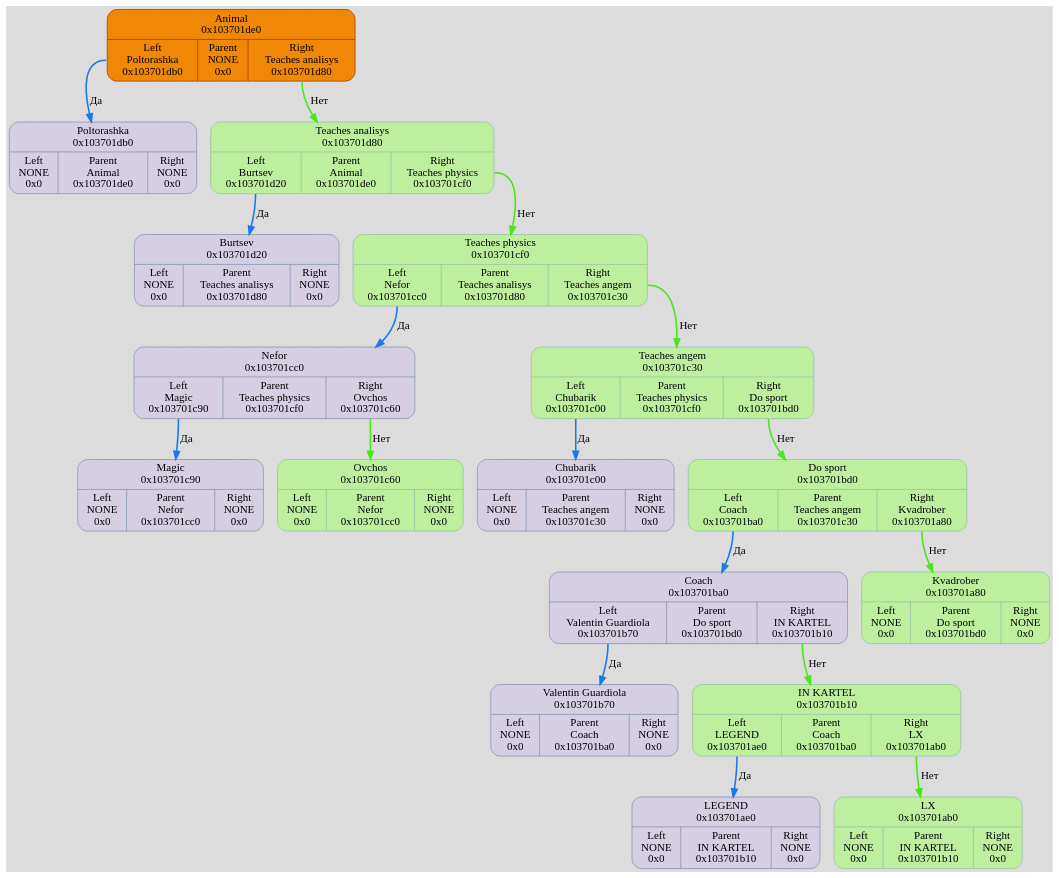
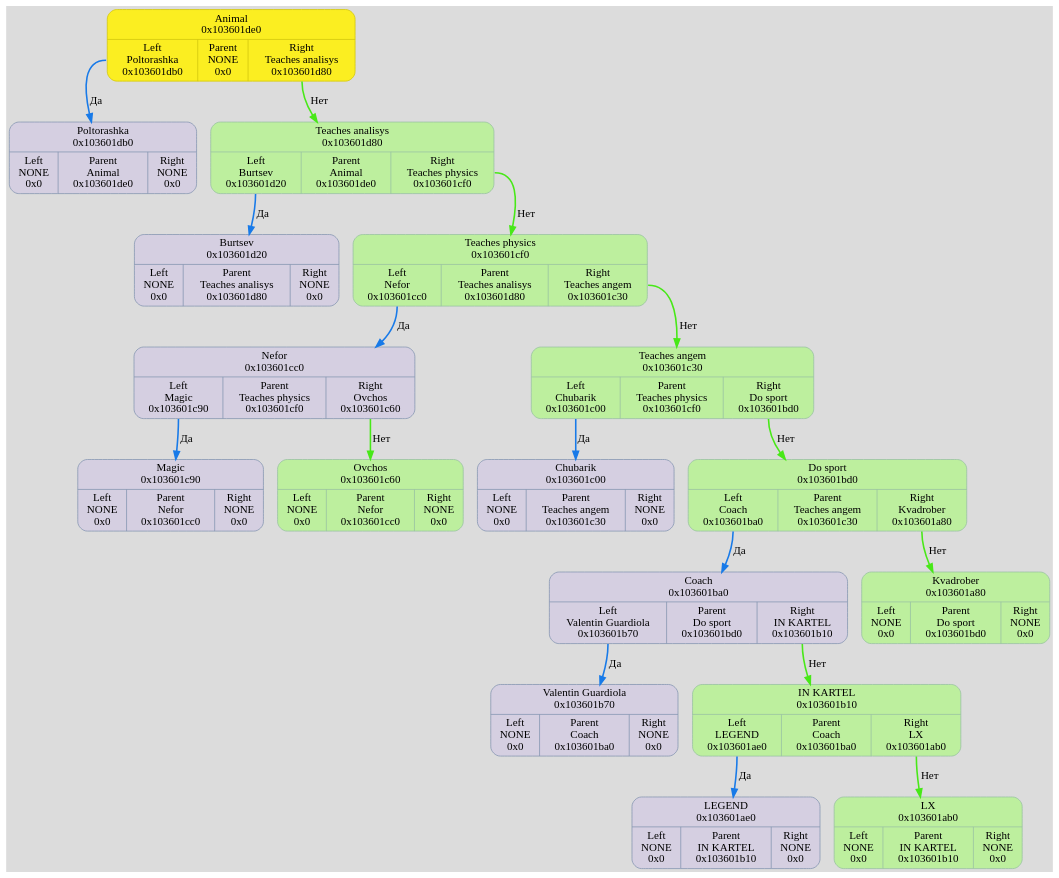
One commit to TolikRogov/Akinator changed the diagram in dump/graph.dot. Above: the diagram before and after it, drawn with Graphviz. The commit also changed 37 other files, not shown here.

```diff
--- a/dump/graph.dot
+++ b/dump/graph.dot
@@ -2,62 +2,45 @@
 	fontname = "UbuntuMono";
 	bgcolor = "#DCDCDC";
 
-	node0x103701de0 [ shape = Mrecord; style = filled; fillcolor = "#FBEE21"; color = "#D3C70D"; fontcolor = "#000000";label = " { Animal\n0x103701de0 | { <left> Left\nPoltorashka\n0x103701db0 | Parent\nNONE\n0x0 | <right> Right\nTeaches analisys\n0x103701d80 } } ";  ];
-	node0x103701de0:<left> -> node0x103701db0 [ style = "bold"; color = "#187AE8"; label = "Да"; ];
-	node0x103701db0 [ shape = Mrecord; style = filled; fillcolor = "#D5CFE1"; color = "#8797b2"; fontcolor = "#000000";label = " { Poltorashka\n0x103701db0 | { <left> Left\nNONE\n0x0 | Parent\nAnimal\n0x103701de0 | <right> Right\nNONE\n0x0 } } ";  ];
-	node0x103701de0 [ fillcolor = "#F18805"; color = "#AF3800"; fontcolor = "#000000"; ];
-	node0x103701d80 [ shape = Mrecord; style = filled; fillcolor = "#D5CFE1"; color = "#8797b2"; fontcolor = "#000000";label = " { Teaches analisys\n0x103701d80 | { <left> Left\nBurtsev\n0x103701d20 | Parent\nAnimal\n0x103701de0 | <right> Right\nTeaches physics\n0x103701cf0 } } ";  ];
-	node0x103701d80:<left> -> node0x103701d20 [ style = "bold"; color = "#187AE8"; label = "Да"; ];
-	node0x103701d20 [ shape = Mrecord; style = filled; fillcolor = "#D5CFE1"; color = "#8797b2"; fontcolor = "#000000";label = " { Burtsev\n0x103701d20 | { <left> Left\nNONE\n0x0 | Parent\nTeaches analisys\n0x103701d80 | <right> Right\nNONE\n0x0 } } ";  ];
-	node0x103701de0 [ fillcolor = "#F18805"; color = "#AF3800"; fontcolor = "#000000"; ];
-	node0x103701cf0 [ shape = Mrecord; style = filled; fillcolor = "#D5CFE1"; color = "#8797b2"; fontcolor = "#000000";label = " { Teaches physics\n0x103701cf0 | { <left> Left\nNefor\n0x103701cc0 | Parent\nTeaches analisys\n0x103701d80 | <right> Right\nTeaches angem\n0x103701c30 } } ";  ];
-	node0x103701cf0:<left> -> node0x103701cc0 [ style = "bold"; color = "#187AE8"; label = "Да"; ];
-	node0x103701cc0 [ shape = Mrecord; style = filled; fillcolor = "#D5CFE1"; color = "#8797b2"; fontcolor = "#000000";label = " { Nefor\n0x103701cc0 | { <left> Left\nMagic\n0x103701c90 | Parent\nTeaches physics\n0x103701cf0 | <right> Right\nOvchos\n0x103701c60 } } ";  ];
-	node0x103701cc0:<left> -> node0x103701c90 [ style = "bold"; color = "#187AE8"; label = "Да"; ];
-	node0x103701c90 [ shape = Mrecord; style = filled; fillcolor = "#D5CFE1"; color = "#8797b2"; fontcolor = "#000000";label = " { Magic\n0x103701c90 | { <left> Left\nNONE\n0x0 | Parent\nNefor\n0x103701cc0 | <right> Right\nNONE\n0x0 } } ";  ];
-	node0x103701de0 [ fillcolor = "#F18805"; color = "#AF3800"; fontcolor = "#000000"; ];
-	node0x103701c60 [ shape = Mrecord; style = filled; fillcolor = "#D5CFE1"; color = "#8797b2"; fontcolor = "#000000";label = " { Ovchos\n0x103701c60 | { <left> Left\nNONE\n0x0 | Parent\nNefor\n0x103701cc0 | <right> Right\nNONE\n0x0 } } ";  ];
-	node0x103701de0 [ fillcolor = "#F18805"; color = "#AF3800"; fontcolor = "#000000"; ];
-	node0x103701cc0:<right> -> node0x103701c60 [ style = "bold"; color = "#48E818"; label = "Нет"; ];
-	node0x103701c60 [ fillcolor = "#BDEF9E"; color = "#99c2a2"; fontcolor = "#000000"; ];
-	node0x103701de0 [ fillcolor = "#F18805"; color = "#AF3800"; fontcolor = "#000000"; ];
-	node0x103701c30 [ shape = Mrecord; style = filled; fillcolor = "#D5CFE1"; color = "#8797b2"; fontcolor = "#000000";label = " { Teaches angem\n0x103701c30 | { <left> Left\nChubarik\n0x103701c00 | Parent\nTeaches physics\n0x103701cf0 | <right> Right\nDo sport\n0x103701bd0 } } ";  ];
-	node0x103701c30:<left> -> node0x103701c00 [ style = "bold"; color = "#187AE8"; label = "Да"; ];
-	node0x103701c00 [ shape = Mrecord; style = filled; fillcolor = "#D5CFE1"; color = "#8797b2"; fontcolor = "#000000";label = " { Chubarik\n0x103701c00 | { <left> Left\nNONE\n0x0 | Parent\nTeaches angem\n0x103701c30 | <right> Right\nNONE\n0x0 } } ";  ];
-	node0x103701de0 [ fillcolor = "#F18805"; color = "#AF3800"; fontcolor = "#000000"; ];
-	node0x103701bd0 [ shape = Mrecord; style = filled; fillcolor = "#D5CFE1"; color = "#8797b2"; fontcolor = "#000000";label = " { Do sport\n0x103701bd0 | { <left> Left\nCoach\n0x103701ba0 | Parent\nTeaches angem\n0x103701c30 | <right> Right\nKvadrober\n0x103701a80 } } ";  ];
-	node0x103701bd0:<left> -> node0x103701ba0 [ style = "bold"; color = "#187AE8"; label = "Да"; ];
-	node0x103701ba0 [ shape = Mrecord; style = filled; fillcolor = "#D5CFE1"; color = "#8797b2"; fontcolor = "#000000";label = " { Coach\n0x103701ba0 | { <left> Left\nValentin Guardiola\n0x103701b70 | Parent\nDo sport\n0x103701bd0 | <right> Right\nIN KARTEL\n0x103701b10 } } ";  ];
-	node0x103701ba0:<left> -> node0x103701b70 [ style = "bold"; color = "#187AE8"; label = "Да"; ];
-	node0x103701b70 [ shape = Mrecord; style = filled; fillcolor = "#D5CFE1"; color = "#8797b2"; fontcolor = "#000000";label = " { Valentin Guardiola\n0x103701b70 | { <left> Left\nNONE\n0x0 | Parent\nCoach\n0x103701ba0 | <right> Right\nNONE\n0x0 } } ";  ];
-	node0x103701de0 [ fillcolor = "#F18805"; color = "#AF3800"; fontcolor = "#000000"; ];
-	node0x103701b10 [ shape = Mrecord; style = filled; fillcolor = "#D5CFE1"; color = "#8797b2"; fontcolor = "#000000";label = " { IN KARTEL\n0x103701b10 | { <left> Left\nLEGEND\n0x103701ae0 | Parent\nCoach\n0x103701ba0 | <right> Right\nLX\n0x103701ab0 } } ";  ];
-	node0x103701b10:<left> -> node0x103701ae0 [ style = "bold"; color = "#187AE8"; label = "Да"; ];
-	node0x103701ae0 [ shape = Mrecord; style = filled; fillcolor = "#D5CFE1"; color = "#8797b2"; fontcolor = "#000000";label = " { LEGEND\n0x103701ae0 | { <left> Left\nNONE\n0x0 | Parent\nIN KARTEL\n0x103701b10 | <right> Right\nNONE\n0x0 } } ";  ];
-	node0x103701de0 [ fillcolor = "#F18805"; color = "#AF3800"; fontcolor = "#000000"; ];
-	node0x103701ab0 [ shape = Mrecord; style = filled; fillcolor = "#D5CFE1"; color = "#8797b2"; fontcolor = "#000000";label = " { LX\n0x103701ab0 | { <left> Left\nNONE\n0x0 | Parent\nIN KARTEL\n0x103701b10 | <right> Right\nNONE\n0x0 } } ";  ];
-	node0x103701de0 [ fillcolor = "#F18805"; color = "#AF3800"; fontcolor = "#000000"; ];
-	node0x103701b10:<right> -> node0x103701ab0 [ style = "bold"; color = "#48E818"; label = "Нет"; ];
-	node0x103701ab0 [ fillcolor = "#BDEF9E"; color = "#99c2a2"; fontcolor = "#000000"; ];
-	node0x103701de0 [ fillcolor = "#F18805"; color = "#AF3800"; fontcolor = "#000000"; ];
-	node0x103701ba0:<right> -> node0x103701b10 [ style = "bold"; color = "#48E818"; label = "Нет"; ];
-	node0x103701b10 [ fillcolor = "#BDEF9E"; color = "#99c2a2"; fontcolor = "#000000"; ];
-	node0x103701de0 [ fillcolor = "#F18805"; color = "#AF3800"; fontcolor = "#000000"; ];
-	node0x103701a80 [ shape = Mrecord; style = filled; fillcolor = "#D5CFE1"; color = "#8797b2"; fontcolor = "#000000";label = " { Kvadrober\n0x103701a80 | { <left> Left\nNONE\n0x0 | Parent\nDo sport\n0x103701bd0 | <right> Right\nNONE\n0x0 } } ";  ];
-	node0x103701de0 [ fillcolor = "#F18805"; color = "#AF3800"; fontcolor = "#000000"; ];
-	node0x103701bd0:<right> -> node0x103701a80 [ style = "bold"; color = "#48E818"; label = "Нет"; ];
-	node0x103701a80 [ fillcolor = "#BDEF9E"; color = "#99c2a2"; fontcolor = "#000000"; ];
-	node0x103701de0 [ fillcolor = "#F18805"; color = "#AF3800"; fontcolor = "#000000"; ];
-	node0x103701c30:<right> -> node0x103701bd0 [ style = "bold"; color = "#48E818"; label = "Нет"; ];
-	node0x103701bd0 [ fillcolor = "#BDEF9E"; color = "#99c2a2"; fontcolor = "#000000"; ];
-	node0x103701de0 [ fillcolor = "#F18805"; color = "#AF3800"; fontcolor = "#000000"; ];
-	node0x103701cf0:<right> -> node0x103701c30 [ style = "bold"; color = "#48E818"; label = "Нет"; ];
-	node0x103701c30 [ fillcolor = "#BDEF9E"; color = "#99c2a2"; fontcolor = "#000000"; ];
-	node0x103701de0 [ fillcolor = "#F18805"; color = "#AF3800"; fontcolor = "#000000"; ];
-	node0x103701d80:<right> -> node0x103701cf0 [ style = "bold"; color = "#48E818"; label = "Нет"; ];
-	node0x103701cf0 [ fillcolor = "#BDEF9E"; color = "#99c2a2"; fontcolor = "#000000"; ];
-	node0x103701de0 [ fillcolor = "#F18805"; color = "#AF3800"; fontcolor = "#000000"; ];
-	node0x103701de0:<right> -> node0x103701d80 [ style = "bold"; color = "#48E818"; label = "Нет"; ];
-	node0x103701d80 [ fillcolor = "#BDEF9E"; color = "#99c2a2"; fontcolor = "#000000"; ];
-	node0x103701de0 [ fillcolor = "#F18805"; color = "#AF3800"; fontcolor = "#000000"; ];
+	node0x103601de0 [ shape = Mrecord; style = filled; fillcolor = "#FBEE21"; color = "#D3C70D"; fontcolor = "#000000";label = " { Animal\n0x103601de0 | { <left> Left\nPoltorashka\n0x103601db0 | Parent\nNONE\n0x0 | <right> Right\nTeaches analisys\n0x103601d80 } } ";  ];
+	node0x103601de0:<left> -> node0x103601db0 [ style = "bold"; color = "#187AE8"; label = "Да"; ];
+	node0x103601db0 [ shape = Mrecord; style = filled; fillcolor = "#D5CFE1"; color = "#8797b2"; fontcolor = "#000000";label = " { Poltorashka\n0x103601db0 | { <left> Left\nNONE\n0x0 | Parent\nAnimal\n0x103601de0 | <right> Right\nNONE\n0x0 } } ";  ];
+	node0x103601d80 [ shape = Mrecord; style = filled; fillcolor = "#D5CFE1"; color = "#8797b2"; fontcolor = "#000000";label = " { Teaches analisys\n0x103601d80 | { <left> Left\nBurtsev\n0x103601d20 | Parent\nAnimal\n0x103601de0 | <right> Right\nTeaches physics\n0x103601cf0 } } ";  ];
+	node0x103601d80:<left> -> node0x103601d20 [ style = "bold"; color = "#187AE8"; label = "Да"; ];
+	node0x103601d20 [ shape = Mrecord; style = filled; fillcolor = "#D5CFE1"; color = "#8797b2"; fontcolor = "#000000";label = " { Burtsev\n0x103601d20 | { <left> Left\nNONE\n0x0 | Parent\nTeaches analisys\n0x103601d80 | <right> Right\nNONE\n0x0 } } ";  ];
+	node0x103601cf0 [ shape = Mrecord; style = filled; fillcolor = "#D5CFE1"; color = "#8797b2"; fontcolor = "#000000";label = " { Teaches physics\n0x103601cf0 | { <left> Left\nNefor\n0x103601cc0 | Parent\nTeaches analisys\n0x103601d80 | <right> Right\nTeaches angem\n0x103601c30 } } ";  ];
+	node0x103601cf0:<left> -> node0x103601cc0 [ style = "bold"; color = "#187AE8"; label = "Да"; ];
+	node0x103601cc0 [ shape = Mrecord; style = filled; fillcolor = "#D5CFE1"; color = "#8797b2"; fontcolor = "#000000";label = " { Nefor\n0x103601cc0 | { <left> Left\nMagic\n0x103601c90 | Parent\nTeaches physics\n0x103601cf0 | <right> Right\nOvchos\n0x103601c60 } } ";  ];
+	node0x103601cc0:<left> -> node0x103601c90 [ style = "bold"; color = "#187AE8"; label = "Да"; ];
+	node0x103601c90 [ shape = Mrecord; style = filled; fillcolor = "#D5CFE1"; color = "#8797b2"; fontcolor = "#000000";label = " { Magic\n0x103601c90 | { <left> Left\nNONE\n0x0 | Parent\nNefor\n0x103601cc0 | <right> Right\nNONE\n0x0 } } ";  ];
+	node0x103601c60 [ shape = Mrecord; style = filled; fillcolor = "#D5CFE1"; color = "#8797b2"; fontcolor = "#000000";label = " { Ovchos\n0x103601c60 | { <left> Left\nNONE\n0x0 | Parent\nNefor\n0x103601cc0 | <right> Right\nNONE\n0x0 } } ";  ];
+	node0x103601cc0:<right> -> node0x103601c60 [ style = "bold"; color = "#48E818"; label = "Нет"; ];
+	node0x103601c60 [ fillcolor = "#BDEF9E"; color = "#99c2a2"; fontcolor = "#000000"; ];
+	node0x103601c30 [ shape = Mrecord; style = filled; fillcolor = "#D5CFE1"; color = "#8797b2"; fontcolor = "#000000";label = " { Teaches angem\n0x103601c30 | { <left> Left\nChubarik\n0x103601c00 | Parent\nTeaches physics\n0x103601cf0 | <right> Right\nDo sport\n0x103601bd0 } } ";  ];
+	node0x103601c30:<left> -> node0x103601c00 [ style = "bold"; color = "#187AE8"; label = "Да"; ];
+	node0x103601c00 [ shape = Mrecord; style = filled; fillcolor = "#D5CFE1"; color = "#8797b2"; fontcolor = "#000000";label = " { Chubarik\n0x103601c00 | { <left> Left\nNONE\n0x0 | Parent\nTeaches angem\n0x103601c30 | <right> Right\nNONE\n0x0 } } ";  ];
+	node0x103601bd0 [ shape = Mrecord; style = filled; fillcolor = "#D5CFE1"; color = "#8797b2"; fontcolor = "#000000";label = " { Do sport\n0x103601bd0 | { <left> Left\nCoach\n0x103601ba0 | Parent\nTeaches angem\n0x103601c30 | <right> Right\nKvadrober\n0x103601a80 } } ";  ];
+	node0x103601bd0:<left> -> node0x103601ba0 [ style = "bold"; color = "#187AE8"; label = "Да"; ];
+	node0x103601ba0 [ shape = Mrecord; style = filled; fillcolor = "#D5CFE1"; color = "#8797b2"; fontcolor = "#000000";label = " { Coach\n0x103601ba0 | { <left> Left\nValentin Guardiola\n0x103601b70 | Parent\nDo sport\n0x103601bd0 | <right> Right\nIN KARTEL\n0x103601b10 } } ";  ];
+	node0x103601ba0:<left> -> node0x103601b70 [ style = "bold"; color = "#187AE8"; label = "Да"; ];
+	node0x103601b70 [ shape = Mrecord; style = filled; fillcolor = "#D5CFE1"; color = "#8797b2"; fontcolor = "#000000";label = " { Valentin Guardiola\n0x103601b70 | { <left> Left\nNONE\n0x0 | Parent\nCoach\n0x103601ba0 | <right> Right\nNONE\n0x0 } } ";  ];
+	node0x103601b10 [ shape = Mrecord; style = filled; fillcolor = "#D5CFE1"; color = "#8797b2"; fontcolor = "#000000";label = " { IN KARTEL\n0x103601b10 | { <left> Left\nLEGEND\n0x103601ae0 | Parent\nCoach\n0x103601ba0 | <right> Right\nLX\n0x103601ab0 } } ";  ];
+	node0x103601b10:<left> -> node0x103601ae0 [ style = "bold"; color = "#187AE8"; label = "Да"; ];
+	node0x103601ae0 [ shape = Mrecord; style = filled; fillcolor = "#D5CFE1"; color = "#8797b2"; fontcolor = "#000000";label = " { LEGEND\n0x103601ae0 | { <left> Left\nNONE\n0x0 | Parent\nIN KARTEL\n0x103601b10 | <right> Right\nNONE\n0x0 } } ";  ];
+	node0x103601ab0 [ shape = Mrecord; style = filled; fillcolor = "#D5CFE1"; color = "#8797b2"; fontcolor = "#000000";label = " { LX\n0x103601ab0 | { <left> Left\nNONE\n0x0 | Parent\nIN KARTEL\n0x103601b10 | <right> Right\nNONE\n0x0 } } ";  ];
+	node0x103601b10:<right> -> node0x103601ab0 [ style = "bold"; color = "#48E818"; label = "Нет"; ];
+	node0x103601ab0 [ fillcolor = "#BDEF9E"; color = "#99c2a2"; fontcolor = "#000000"; ];
+	node0x103601ba0:<right> -> node0x103601b10 [ style = "bold"; color = "#48E818"; label = "Нет"; ];
+	node0x103601b10 [ fillcolor = "#BDEF9E"; color = "#99c2a2"; fontcolor = "#000000"; ];
+	node0x103601a80 [ shape = Mrecord; style = filled; fillcolor = "#D5CFE1"; color = "#8797b2"; fontcolor = "#000000";label = " { Kvadrober\n0x103601a80 | { <left> Left\nNONE\n0x0 | Parent\nDo sport\n0x103601bd0 | <right> Right\nNONE\n0x0 } } ";  ];
+	node0x103601bd0:<right> -> node0x103601a80 [ style = "bold"; color = "#48E818"; label = "Нет"; ];
+	node0x103601a80 [ fillcolor = "#BDEF9E"; color = "#99c2a2"; fontcolor = "#000000"; ];
+	node0x103601c30:<right> -> node0x103601bd0 [ style = "bold"; color = "#48E818"; label = "Нет"; ];
+	node0x103601bd0 [ fillcolor = "#BDEF9E"; color = "#99c2a2"; fontcolor = "#000000"; ];
+	node0x103601cf0:<right> -> node0x103601c30 [ style = "bold"; color = "#48E818"; label = "Нет"; ];
+	node0x103601c30 [ fillcolor = "#BDEF9E"; color = "#99c2a2"; fontcolor = "#000000"; ];
+	node0x103601d80:<right> -> node0x103601cf0 [ style = "bold"; color = "#48E818"; label = "Нет"; ];
+	node0x103601cf0 [ fillcolor = "#BDEF9E"; color = "#99c2a2"; fontcolor = "#000000"; ];
+	node0x103601de0:<right> -> node0x103601d80 [ style = "bold"; color = "#48E818"; label = "Нет"; ];
+	node0x103601d80 [ fillcolor = "#BDEF9E"; color = "#99c2a2"; fontcolor = "#000000"; ];
 }
```
